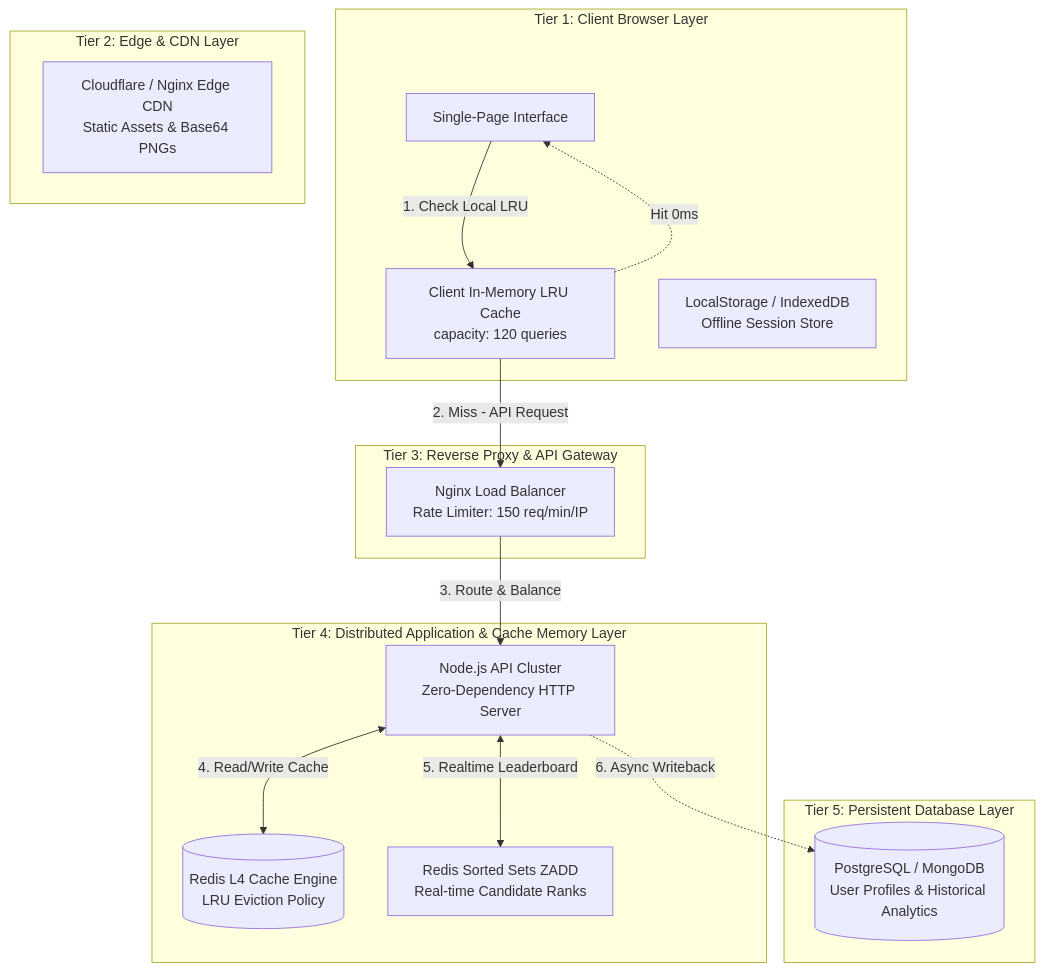
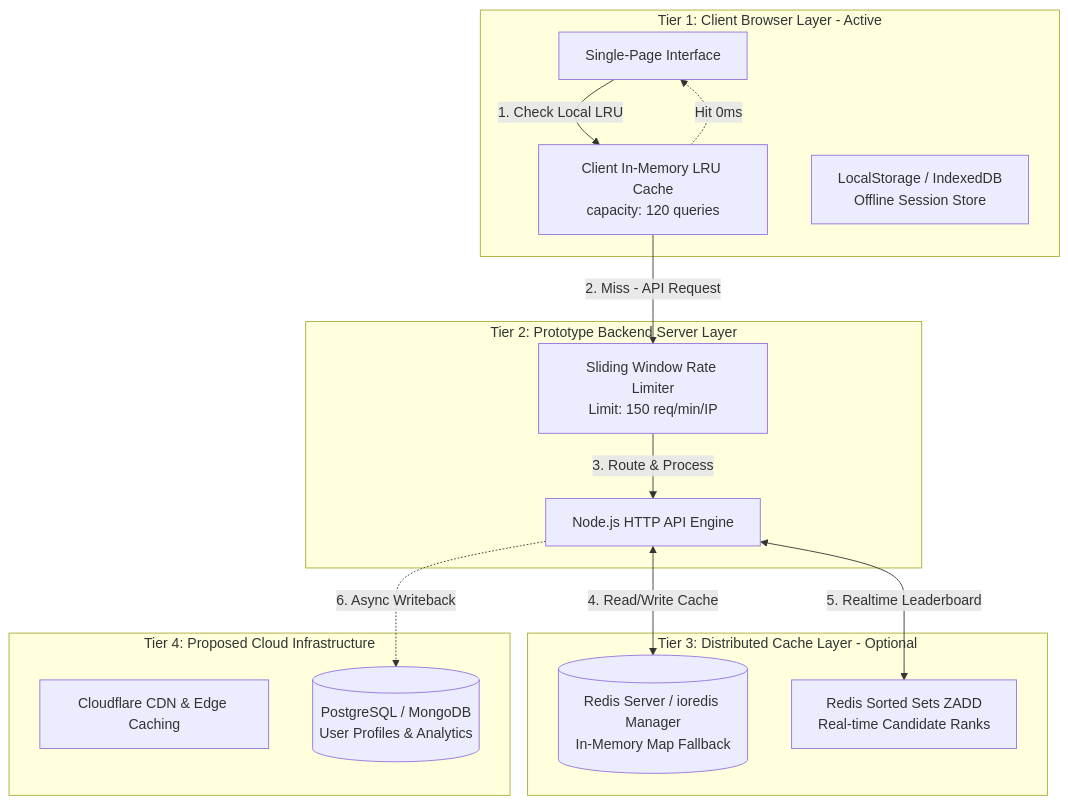
One commit to VaibhavChaudhary14/GateGuide changed the diagram in system_design_and_cache.md. Above: the diagram before and after it, drawn with Mermaid. The commit also changed other lines of this file and 11 other files, not shown here.

Commit message:
fix(audit): resolve architecture claims, upgrade validator, add real HTTP load test & CI workflow

````diff
--- a/system_design_and_cache.md
+++ b/system_design_and_cache.md
@@ -52,34 +52,31 @@
 ```mermaid
 graph TD
-    subgraph Tier1 [Tier 1: Client Browser Layer]
+    subgraph Tier1 [Tier 1: Client Browser Layer - Active]
         UI[Single-Page Interface]
         LRU[Client In-Memory LRU Cache\ncapacity: 120 queries]
         LS[LocalStorage / IndexedDB\nOffline Session Store]
     end
 
-    subgraph Tier2 [Tier 2: Edge & CDN Layer]
-        CDN[Cloudflare / Nginx Edge CDN\nStatic Assets & Base64 PNGs]
+    subgraph Tier2 [Tier 2: Prototype Backend Server Layer]
+        Nginx[Sliding Window Rate Limiter\nLimit: 150 req/min/IP]
+        NodeApp[Node.js HTTP API Engine]
     end
 
-    subgraph Tier3 [Tier 3: Reverse Proxy & API Gateway]
-        Nginx[Nginx Load Balancer\nRate Limiter: 150 req/min/IP]
-    end
-
-    subgraph Tier4 [Tier 4: Distributed Application & Cache Memory Layer]
-        NodeApp[Node.js API Cluster\nZero-Dependency HTTP Server]
-        Redis[(Redis L4 Cache Engine\nLRU Eviction Policy)]
+    subgraph Tier3 [Tier 3: Distributed Cache Layer - Optional]
+        Redis[(Redis Server / ioredis Manager\nIn-Memory Map Fallback)]
         Leaderboard[Redis Sorted Sets ZADD\nReal-time Candidate Ranks]
     end
 
-    subgraph Tier5 [Tier 5: Persistent Database Layer]
-        DB[(PostgreSQL / MongoDB\nUser Profiles & Historical Analytics)]
+    subgraph Tier4 [Tier 4: Proposed Cloud Infrastructure]
+        CDN[Cloudflare CDN & Edge Caching]
+        DB[(PostgreSQL / MongoDB\nUser Profiles & Analytics)]
     end
 
     UI -->|1. Check Local LRU| LRU
     LRU -.->|Hit 0ms| UI
     LRU -->|2. Miss - API Request| Nginx
-    Nginx -->|3. Route & Balance| NodeApp
+    Nginx -->|3. Route & Process| NodeApp
     NodeApp <-->|4. Read/Write Cache| Redis
     NodeApp <-->|5. Realtime Leaderboard| Leaderboard
     NodeApp -.->|6. Async Writeback| DB
 ```
````
